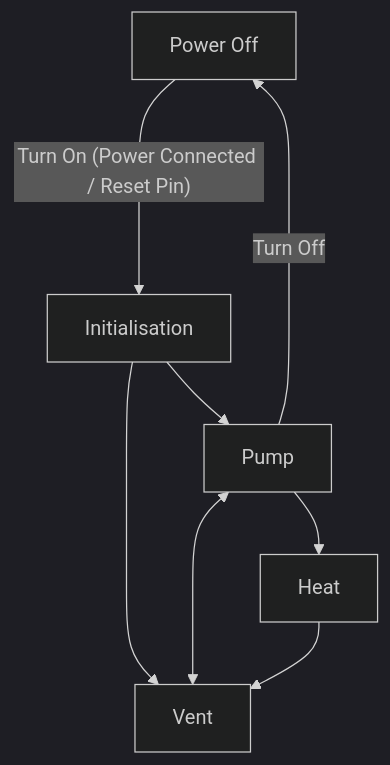
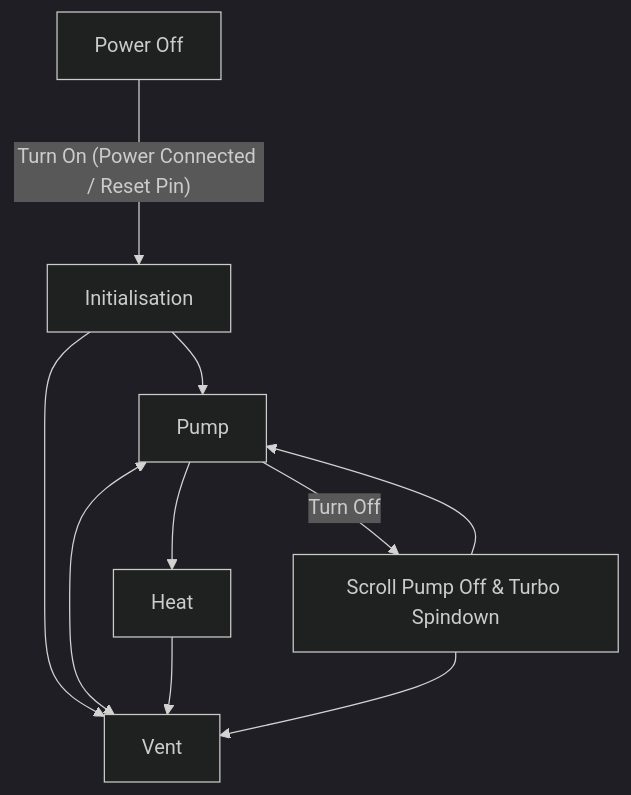
One commit to pw-64/HENRY-controller changed the diagram in README.md. Above: the diagram before and after it, drawn with Mermaid (dark theme). The commit also changed 1 other file, not shown here.

````diff
--- a/README.md
+++ b/README.md
@@ -8,8 +8,8 @@
 ```mermaid
 graph
 off[Power Off] -- "Turn On (Power Connected / Reset Pin)" ---> Initialisation
 Initialisation --> Pump & Vent
-Pump <--> Vent
+Pump <---> Vent
 Pump --> Heat --> Vent
-Pump -- Turn Off --> off
+Pump -- Turn Off --> pumps_off[Scroll Pump Off & Turbo Spindown] --> Pump & Vent
 ```
````
